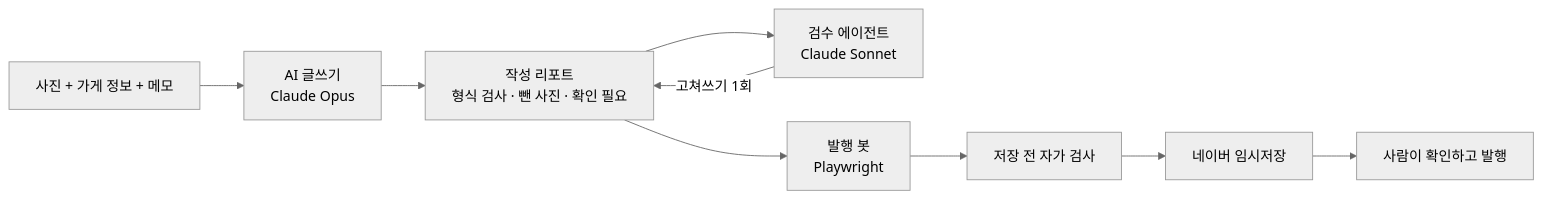
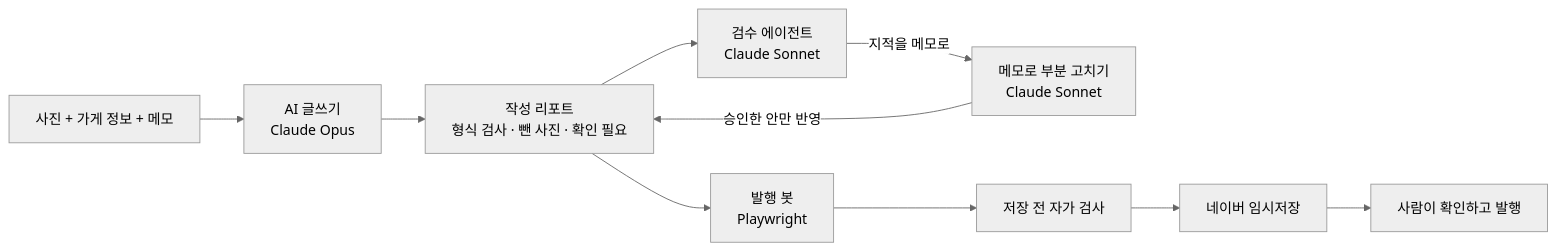
One commit to Hanjiwoook/Post-Flow changed the diagram in README.md. Above: the diagram before and after it, drawn with Mermaid (neutral theme). The commit also changed other lines of this file and 1 other file, not shown here.

First line of the commit message:
docs: 11/20 하루 정리, README에 메모로 부분 고치기 반영

````diff
--- a/README.md
+++ b/README.md
@@ -25,11 +25,12 @@
 ```mermaid
 flowchart LR
     A[사진 + 가게 정보 + 메모] --> B[AI 글쓰기<br/>Claude Opus]
     B --> C[작성 리포트<br/>형식 검사 · 뺀 사진 · 확인 필요]
     C --> D[검수 에이전트<br/>Claude Sonnet]
-    D -->|고쳐쓰기 1회| C
+    D -->|지적을 메모로| M[메모로 부분 고치기<br/>Claude Sonnet]
+    M -->|승인한 안만 반영| C
     C --> E[발행 봇<br/>Playwright]
     E --> F[저장 전 자가 검사]
     F --> G[네이버 임시저장]
     G --> H[사람이 확인하고 발행]
 ```
````
